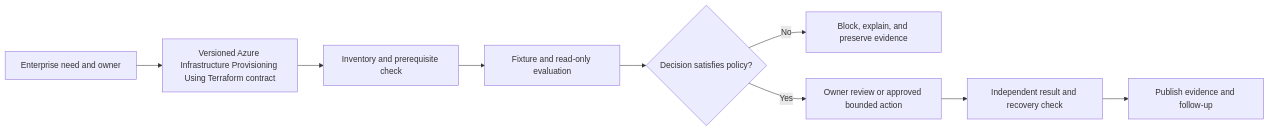
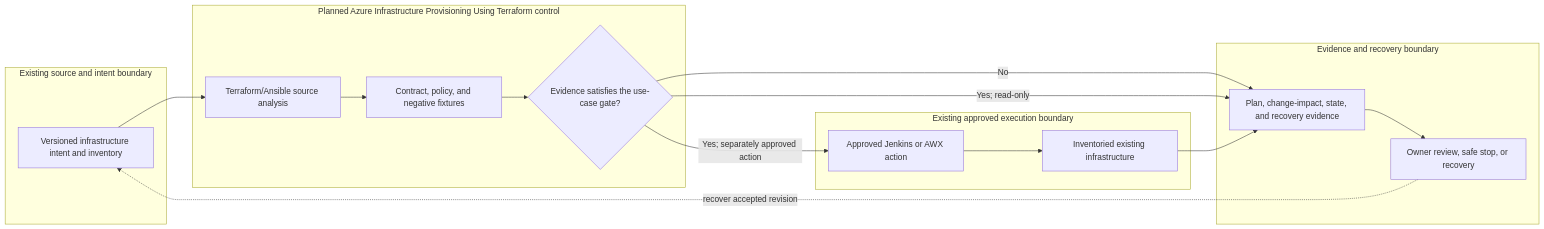
Before and after one commit to MIDHTECH/enterprise-architecture-docs: the diagram in docs/use-cases/infrastructure/UC-INFRA-002-azure-infrastructure-provisioning-using-terraform.md, drawn with Mermaid. The commit also changed other lines of this file and 227 other files, not shown here.

Commit message:
Deepen architecture for all use case designs

````diff
--- a/docs/use-cases/infrastructure/UC-INFRA-002-azure-infrastructure-provisioning-using-terraform.md
+++ b/docs/use-cases/infrastructure/UC-INFRA-002-azure-infrastructure-provisioning-using-terraform.md
@@ -136,11 +129,25 @@
 ```mermaid
 flowchart LR
-    Need["Enterprise need and owner"] --> Contract["Versioned Azure Infrastructure Provisioning Using Terraform contract"]
-    Contract --> Preflight["Inventory and prerequisite check"]
-    Preflight --> Evaluate["Fixture and read-only evaluation"]
-    Evaluate --> Decision{"Decision satisfies policy?"}
-    Decision -->|No| Stop["Block, explain, and preserve evidence"]
-    Decision -->|Yes| Review["Owner review or approved bounded action"]
-    Review --> Verify["Independent result and recovery check"]
-    Verify --> Publish["Publish evidence and follow-up"]
+    subgraph Source["Existing source and intent boundary"]
+        A["Versioned infrastructure intent and inventory"]
+    end
+    subgraph Planned["Planned Azure Infrastructure Provisioning Using Terraform control"]
+        B["Terraform/Ansible source analysis"]
+        C["Contract, policy, and negative fixtures"]
+        D{"Evidence satisfies the use-case gate?"}
+    end
+    subgraph Runtime["Existing approved execution boundary"]
+        E["Approved Jenkins or AWX action"]
+        F["Inventoried existing infrastructure"]
+    end
+    subgraph Assurance["Evidence and recovery boundary"]
+        G["Plan, change-impact, state, and recovery evidence"]
+        H["Owner review, safe stop, or recovery"]
+    end
+
+    A --> B --> C --> D
+    D -->|No| G --> H
+    D -->|Yes; read-only| G
+    D -->|Yes; separately approved action| E --> F --> G
+    H -. recover accepted revision .-> A
 ```
````
